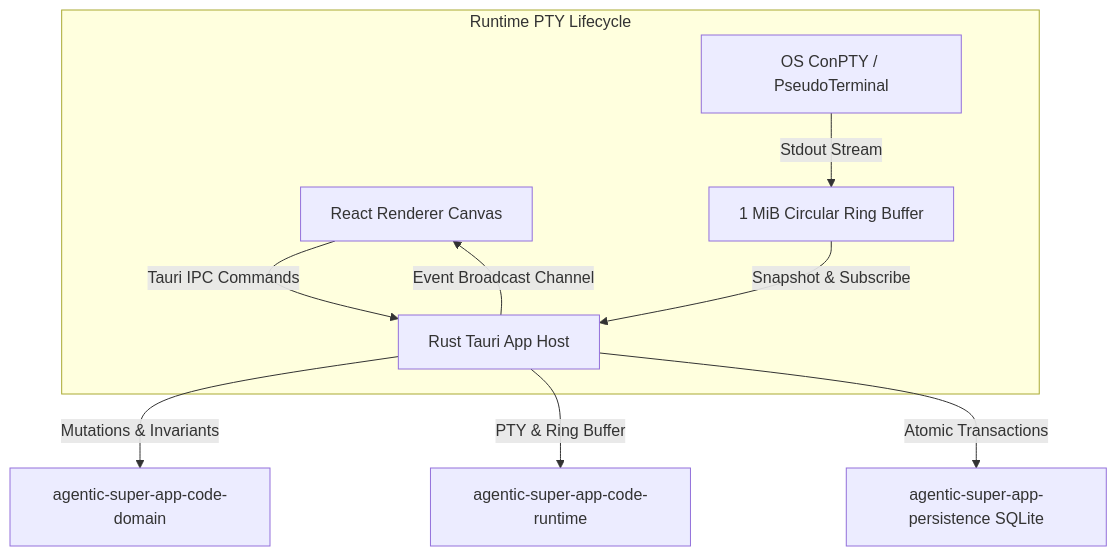
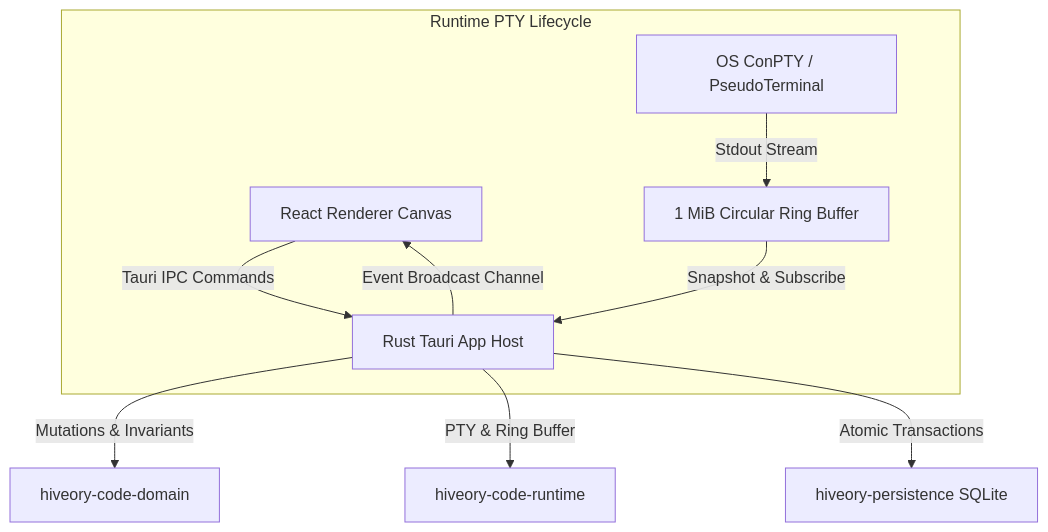
The diagram in docs/architecture/terminal-pane-workspace.md (raktim-yoddha/hiveory), drawn with Mermaid before and after one commit. The commit also changed other lines of this file and 570 other files, not shown here.

````diff
--- a/docs/architecture/terminal-pane-workspace.md
+++ b/docs/architecture/terminal-pane-workspace.md
@@ -7,13 +7,13 @@
 ```mermaid
 graph TD
     Renderer[React Renderer Canvas] -->|Tauri IPC Commands| Host[Rust Tauri App Host]
-    Host -->|Mutations & Invariants| Domain[agentic-super-app-code-domain]
-    Host -->|PTY & Ring Buffer| Runtime[agentic-super-app-code-runtime]
-    Host -->|Atomic Transactions| Persistence[agentic-super-app-persistence SQLite]
+    Host -->|Mutations & Invariants| Domain[hiveory-code-domain]
+    Host -->|PTY & Ring Buffer| Runtime[hiveory-code-runtime]
+    Host -->|Atomic Transactions| Persistence[hiveory-persistence SQLite]
 
     subgraph Runtime PTY Lifecycle
         PTY[OS ConPTY / PseudoTerminal] -->|Stdout Stream| RingBuffer[1 MiB Circular Ring Buffer]
         RingBuffer -->|Snapshot & Subscribe| Host
         Host -->|Event Broadcast Channel| Renderer
     end
 ```
````
